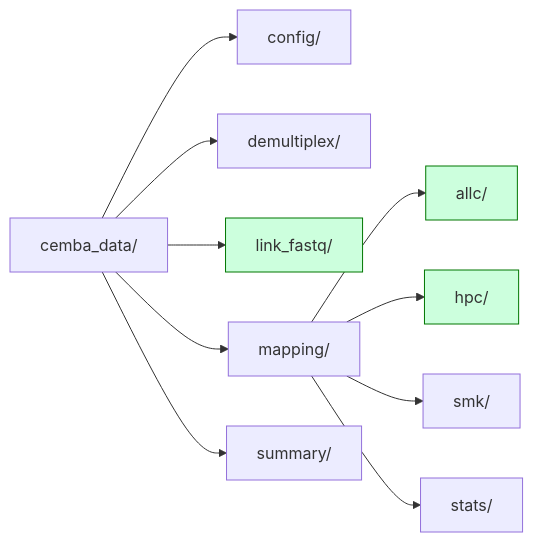
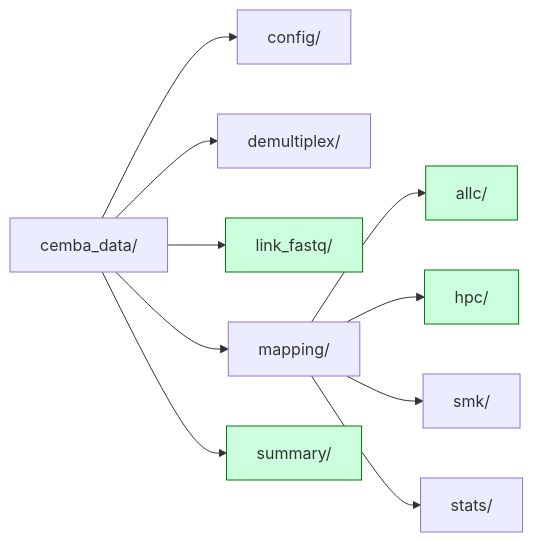
Before and after one commit to mbatiuk/cemba_data: the second of 2 diagrams in docs/cemba_data_changes_report.qmd, drawn with Mermaid. The commit also changed other lines of this file and 1 other file, not shown here.

````diff
--- a/docs/cemba_data_changes_report.qmd
+++ b/docs/cemba_data_changes_report.qmd
@@ -141,20 +145,21 @@
 ```{mermaid}
 %%{init: {'theme': 'default', 'themeVariables': {'fontSize': '16px'}}}%%
 graph LR
   R["cemba_data/"]
 
   R --> C1["config/"]
   R --> D1["demultiplex/"]
   R --> LF["link_fastq/"]
   R --> M1["mapping/"]
   R --> SU["summary/"]
 
   M1 --> MA["allc/"]
   M1 --> MH["hpc/"]
   M1 --> MS["smk/"]
   M1 --> MT["stats/"]
 
   style LF fill:#ccffdd,stroke:#007700
   style MA fill:#ccffdd,stroke:#007700
   style MH fill:#ccffdd,stroke:#007700
+  style SU fill:#ccffdd,stroke:#007700
 ```
````
